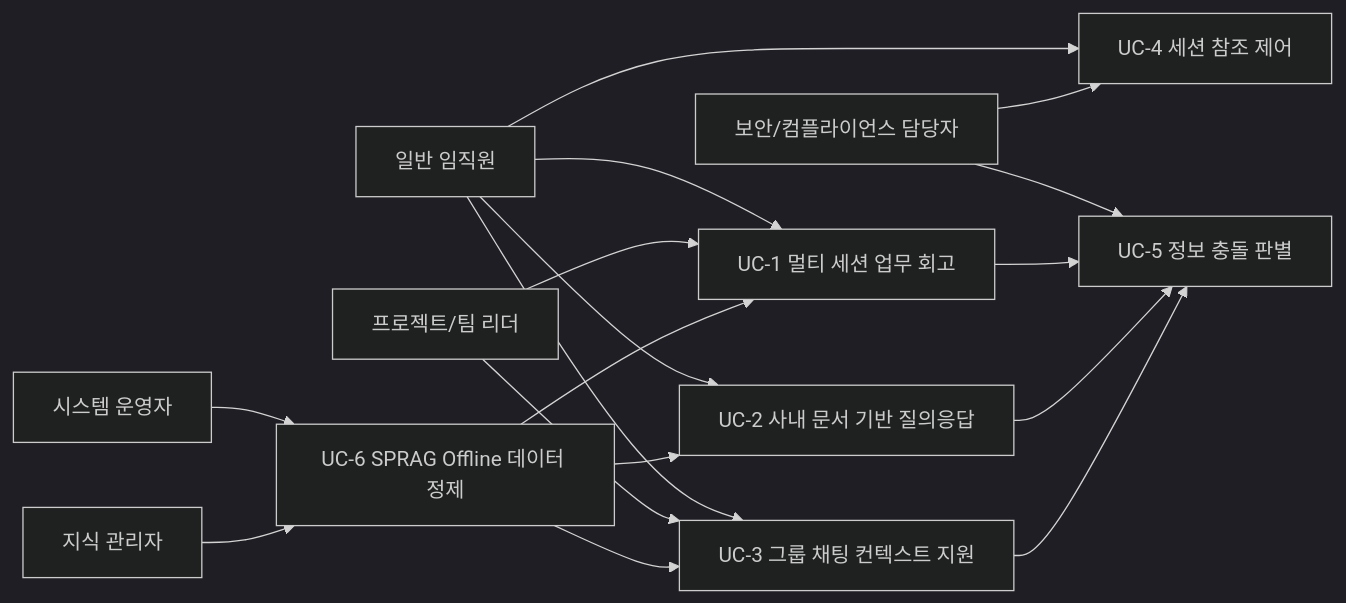
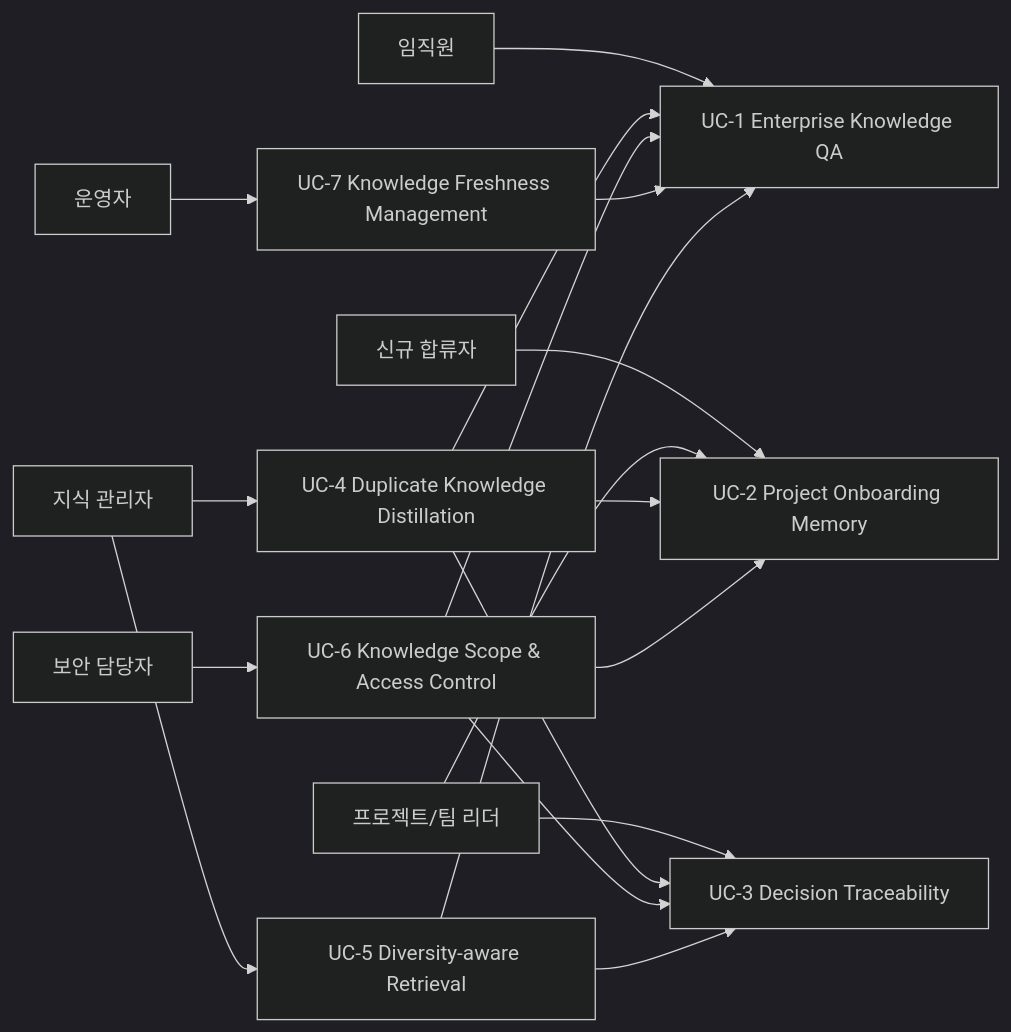
Before and after one commit to bshsqa/Archi-Team-ChatAssist: the first of 9 diagrams in SPRAG_USE_CASE_DETAILS.md, drawn with Mermaid (dark theme). The commit also changed other lines of this file and 6 other files, not shown here.

````diff
--- a/SPRAG_USE_CASE_DETAILS.md
+++ b/SPRAG_USE_CASE_DETAILS.md
@@ -11,32 +11,36 @@
 ```mermaid
 flowchart LR
-    Employee[일반 임직원]
-    Leader[프로젝트/팀 리더]
-    Admin[시스템 운영자]
-    Security[보안/컴플라이언스 담당자]
-    KnowledgeAdmin[지식 관리자]
+    User[임직원]
+    Newcomer[신규 합류자]
+    Lead[프로젝트/팀 리더]
+    KM[지식 관리자]
+    Sec[보안 담당자]
+    Ops[운영자]
 
-    UC1[UC-1 멀티 세션 업무 회고]
-    UC2[UC-2 사내 문서 기반 질의응답]
-    UC3[UC-3 그룹 채팅 컨텍스트 지원]
-    UC4[UC-4 세션 참조 제어]
-    UC5[UC-5 정보 충돌 판별]
-    UC6[UC-6 SPRAG Offline 데이터 정제]
+    UC1[UC-1 Enterprise Knowledge QA]
+    UC2[UC-2 Project Onboarding Memory]
+    UC3[UC-3 Decision Traceability]
+    UC4[UC-4 Duplicate Knowledge Distillation]
+    UC5[UC-5 Diversity-aware Retrieval]
+    UC6[UC-6 Knowledge Scope & Access Control]
+    UC7[UC-7 Knowledge Freshness Management]
 
-    Employee --> UC1
-    Employee --> UC2
-    Employee --> UC3
-    Employee --> UC4
-    Leader --> UC1
-    Leader --> UC3
-    Security --> UC4
-    Security --> UC5
-    Admin --> UC6
-    KnowledgeAdmin --> UC6
-    UC1 --> UC5
-    UC2 --> UC5
-    UC3 --> UC5
+    User --> UC1
+    Newcomer --> UC2
+    Lead --> UC2
+    Lead --> UC3
+    KM --> UC4
+    KM --> UC5
+    Sec --> UC6
+    Ops --> UC7
+
+    UC4 --> UC1
+    UC4 --> UC2
+    UC4 --> UC3
     UC6 --> UC1
     UC6 --> UC2
     UC6 --> UC3
+    UC7 --> UC1
+    UC5 --> UC1
+    UC5 --> UC3
 ```
````
